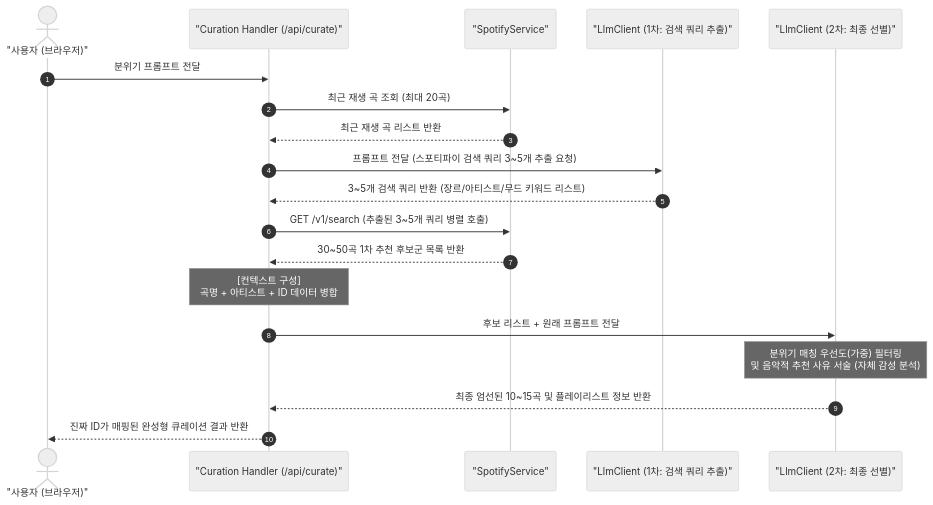
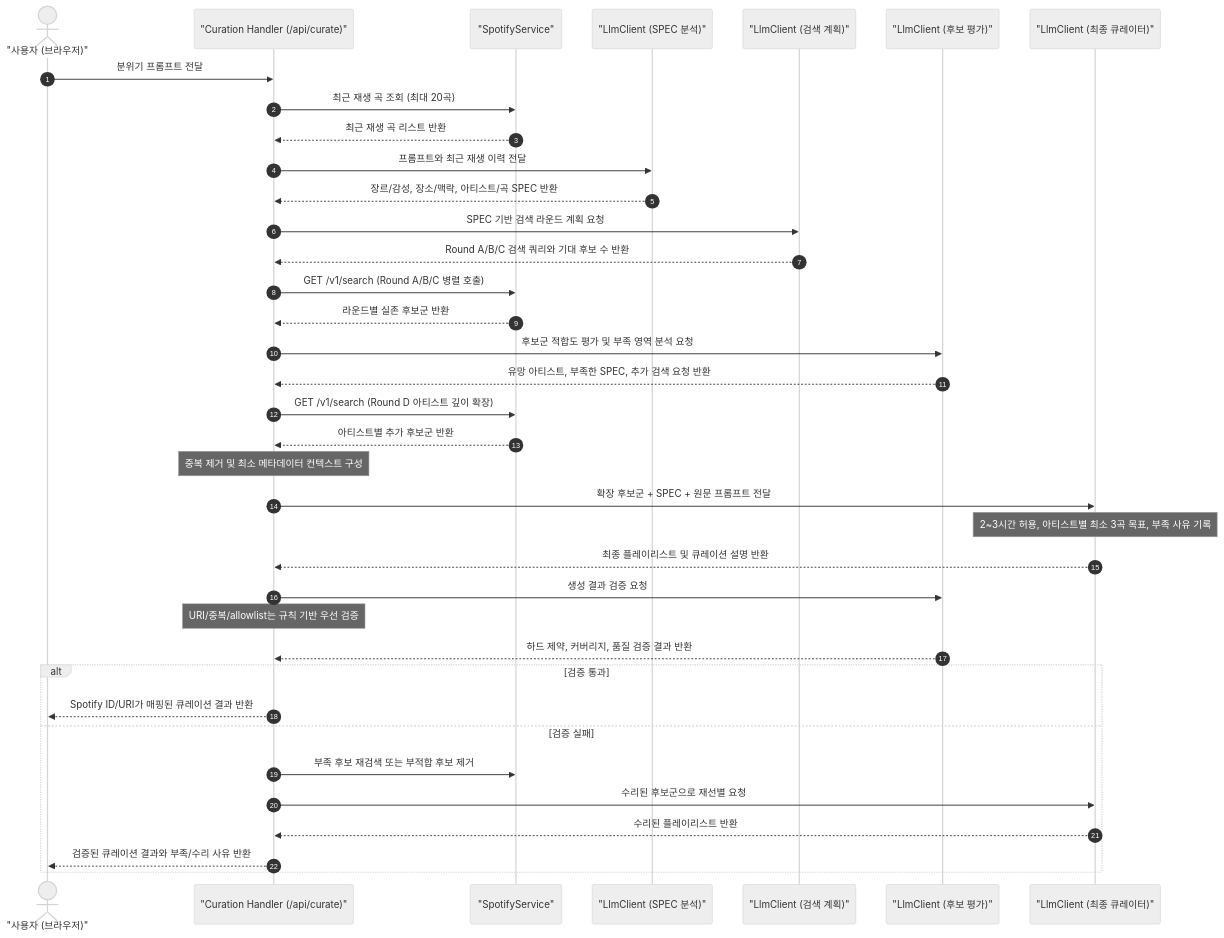
The diagram in aidlc-docs/inception/application-design/rag-architecture.md (dlhwang/spotify_ai_playlist_curator), drawn with Mermaid (neutral theme) before and after one commit. The commit also changed other lines of this file and 23 other files, not shown here.

````diff
--- a/aidlc-docs/inception/application-design/rag-architecture.md
+++ b/aidlc-docs/inception/application-design/rag-architecture.md
@@ -52,27 +62,49 @@
 ```mermaid
 sequenceDiagram
     autonumber
     actor User as "사용자 (브라우저)"
     participant Handler as "Curation Handler (/api/curate)"
     participant Spotify as "SpotifyService"
-    participant LLM1 as "LlmClient (1차: 검색 쿼리 추출)"
-    participant LLM2 as "LlmClient (2차: 최종 선별)"
+    participant SpecLLM as "LlmClient (SPEC 분석)"
+    participant PlanLLM as "LlmClient (검색 계획)"
+    participant JudgeLLM as "LlmClient (후보 평가)"
+    participant FinalLLM as "LlmClient (최종 큐레이터)"
 
     User->>Handler: 분위기 프롬프트 전달
     Handler->>Spotify: 최근 재생 곡 조회 (최대 20곡)
     Spotify-->>Handler: 최근 재생 곡 리스트 반환
-    
-    Handler->>LLM1: 프롬프트 전달 (스포티파이 검색 쿼리 3~5개 추출 요청)
-    LLM1-->>Handler: 3~5개 검색 쿼리 반환 (장르/아티스트/무드 키워드 리스트)
-    
-    Handler->>Spotify: GET /v1/search (추출된 3~5개 쿼리 병렬 호출)
-    Spotify-->>Handler: 30~50곡 1차 추천 후보군 목록 반환
-    
-    Note over Handler: [컨텍스트 구성]<br/>곡명 + 아티스트 + ID 데이터 병합
-    
-    Handler->>LLM2: 후보 리스트 + 원래 프롬프트 전달
-    Note over LLM2: 분위기 매칭 우선도(가중) 필터링<br/>및 음악적 추천 사유 서술 (자체 감성 분석)
-    LLM2-->>Handler: 최종 엄선된 10~15곡 및 플레이리스트 정보 반환
-    
-    Handler-->>User: 진짜 ID가 매핑된 완성형 큐레이션 결과 반환
+
+    Handler->>SpecLLM: 프롬프트와 최근 재생 이력 전달
+    SpecLLM-->>Handler: 장르/감성, 장소/맥락, 아티스트/곡 SPEC 반환
+
+    Handler->>PlanLLM: SPEC 기반 검색 라운드 계획 요청
+    PlanLLM-->>Handler: Round A/B/C 검색 쿼리와 기대 후보 수 반환
+
+    Handler->>Spotify: GET /v1/search (Round A/B/C 병렬 호출)
+    Spotify-->>Handler: 라운드별 실존 후보군 반환
+
+    Handler->>JudgeLLM: 후보군 적합도 평가 및 부족 영역 분석 요청
+    JudgeLLM-->>Handler: 유망 아티스트, 부족한 SPEC, 추가 검색 요청 반환
+
+    Handler->>Spotify: GET /v1/search (Round D 아티스트 깊이 확장)
+    Spotify-->>Handler: 아티스트별 추가 후보군 반환
+
+    Note over Handler: 중복 제거 및 최소 메타데이터 컨텍스트 구성
+
+    Handler->>FinalLLM: 확장 후보군 + SPEC + 원문 프롬프트 전달
+    Note over FinalLLM: 2~3시간 허용, 아티스트별 최소 3곡 목표, 부족 사유 기록
+    FinalLLM-->>Handler: 최종 플레이리스트 및 큐레이션 설명 반환
+
+    Handler->>JudgeLLM: 생성 결과 검증 요청
+    Note over Handler: URI/중복/allowlist는 규칙 기반 우선 검증
+    JudgeLLM-->>Handler: 하드 제약, 커버리지, 품질 검증 결과 반환
+
+    alt 검증 통과
+        Handler-->>User: Spotify ID/URI가 매핑된 큐레이션 결과 반환
+    else 검증 실패
+        Handler->>Spotify: 부족 후보 재검색 또는 부적합 후보 제거
+        Handler->>FinalLLM: 수리된 후보군으로 재선별 요청
+        FinalLLM-->>Handler: 수리된 플레이리스트 반환
+        Handler-->>User: 검증된 큐레이션 결과와 부족/수리 사유 반환
+    end
 ```
````
